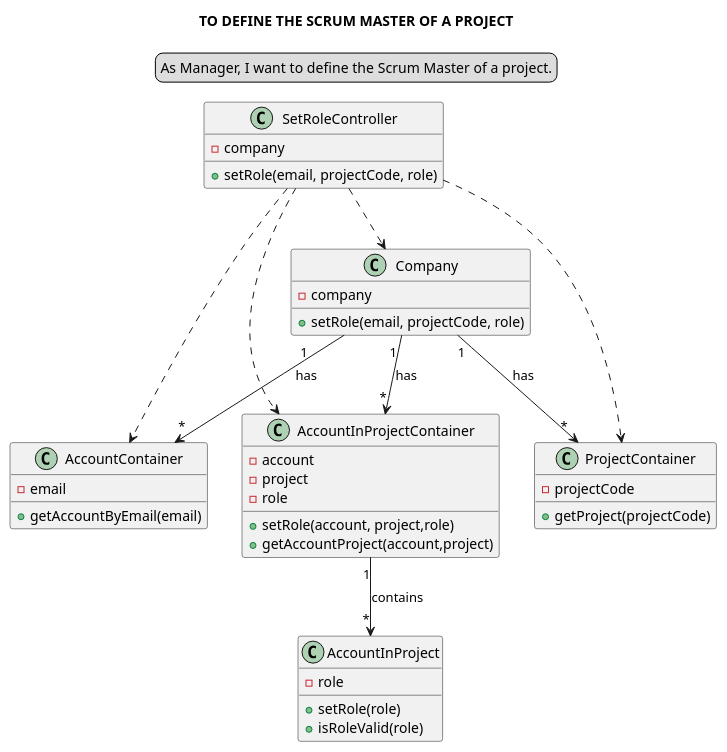
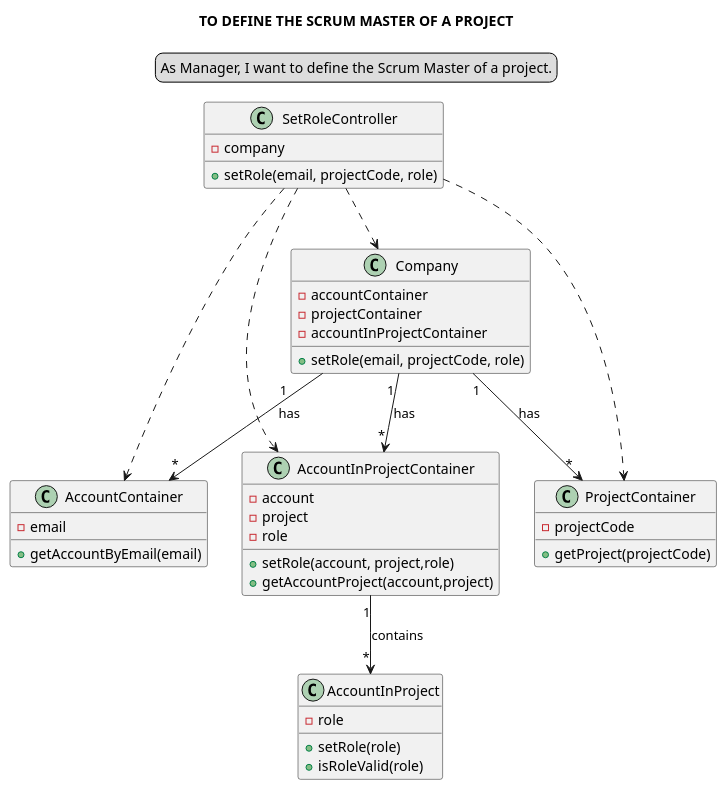
One commit to Loracline/project_switch_22-23 changed the diagram in docs/modelling_design/user_stories/us013/US013_classDiagram.puml. Above: the diagram before and after it, drawn with PlantUML.

Commit message:
US013: Design: Refined class diagrams

```diff
--- a/docs/modelling_design/user_stories/us013/US013_classDiagram.puml
+++ b/docs/modelling_design/user_stories/us013/US013_classDiagram.puml
@@ -1,56 +1,58 @@
 @startuml
 
 skinparam sequenceMessageAlign center
 title TO DEFINE THE SCRUM MASTER OF A PROJECT
 legend top
 As Manager, I want to define the Scrum Master of a project.
 end legend
 
 class SetRoleController {
 -company
 +setRole(email, projectCode, role)
 }
 
 class Company {
--company
+-accountContainer
+-projectContainer
+-accountInProjectContainer
 +setRole(email, projectCode, role)
 }
 
 class AccountContainer {
 -email
 +getAccountByEmail(email)
 
 }
 
 class ProjectContainer{
 -projectCode
 +getProject(projectCode)
 }
 
 class AccountInProjectContainer{
 -account
 -project
 -role
 +setRole(account, project,role)
 +getAccountProject(account,project)
 }
 
 class AccountInProject{
 -role
 +setRole(role)
 +isRoleValid(role)
 }
 
 
 SetRoleController ..> Company
 Company "1       " --> "*"AccountContainer: has
 Company "1"--> "        *"ProjectContainer: has
 Company "1 "-->"*" AccountInProjectContainer: has
 AccountInProjectContainer "    1"--> "   *"AccountInProject: contains
 
 SetRoleController ..> AccountContainer
 SetRoleController ..> ProjectContainer
 SetRoleController ..> AccountInProjectContainer
 
 
 @enduml
```
